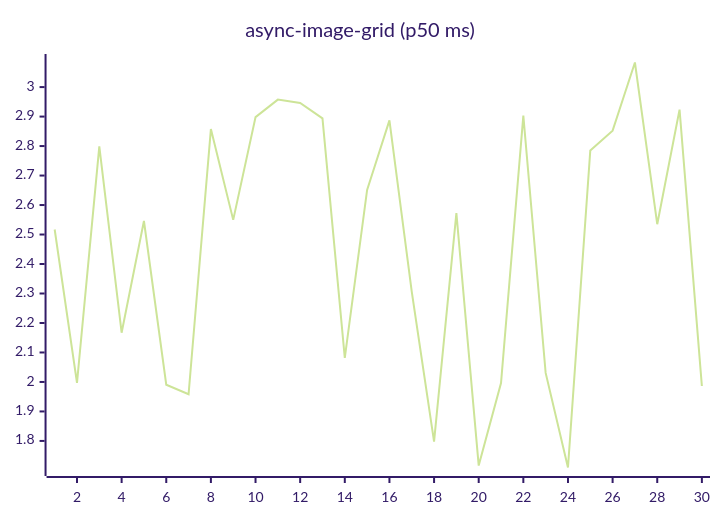
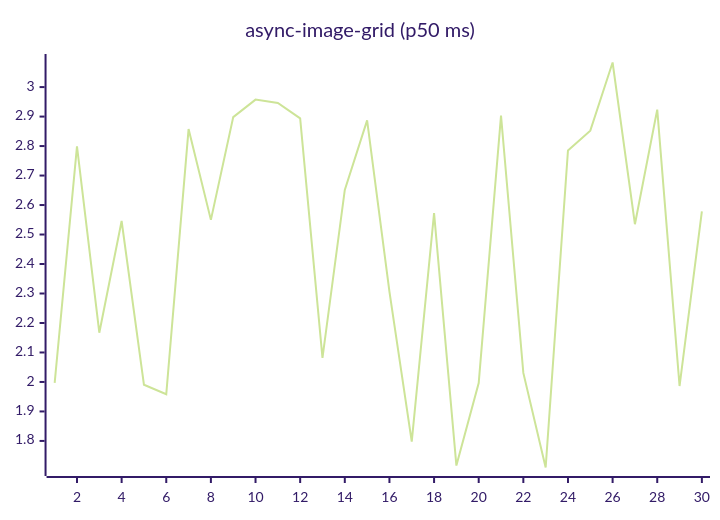
One commit to josha/Facet changed the fifth of 27 diagrams in README.md. Above: the diagram before and after it, drawn with Mermaid (forest theme). The commit also changed other lines of this file and 2 other files, not shown here.

````diff
--- a/README.md
+++ b/README.md
@@ -91,6 +91,6 @@
 ```mermaid
 xychart-beta
     title "async-image-grid (p50 ms)"
     x-axis 1 --> 30
-    line [2.5171, 1.9970, 2.7988, 2.1671, 2.5459, 1.9906, 1.9586, 2.8577, 2.5497, 2.8980, 2.9576, 2.9463, 2.8940, 2.0815, 2.6515, 2.8871, 2.3060, 1.7979, 2.5726, 1.7163, 1.9964, 2.9032, 2.0307, 1.7099, 2.7848, 2.8523, 3.0834, 2.5349, 2.9237, 1.9862]
+    line [1.9970, 2.7988, 2.1671, 2.5459, 1.9906, 1.9586, 2.8577, 2.5497, 2.8980, 2.9576, 2.9463, 2.8940, 2.0815, 2.6515, 2.8871, 2.3060, 1.7979, 2.5726, 1.7163, 1.9964, 2.9032, 2.0307, 1.7099, 2.7848, 2.8523, 3.0834, 2.5349, 2.9237, 1.9862, 2.5787]
 ```
````
